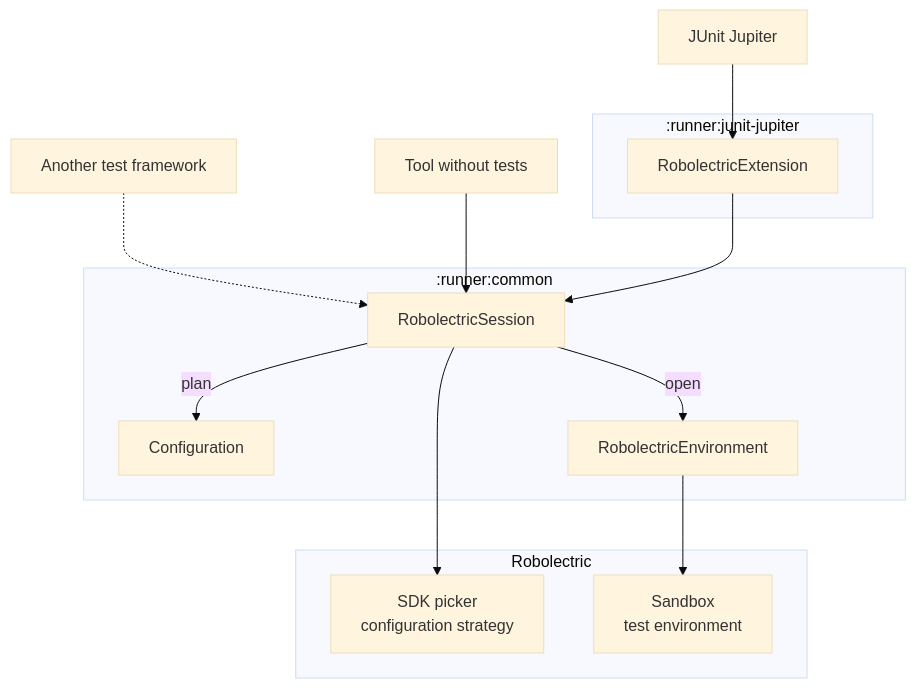
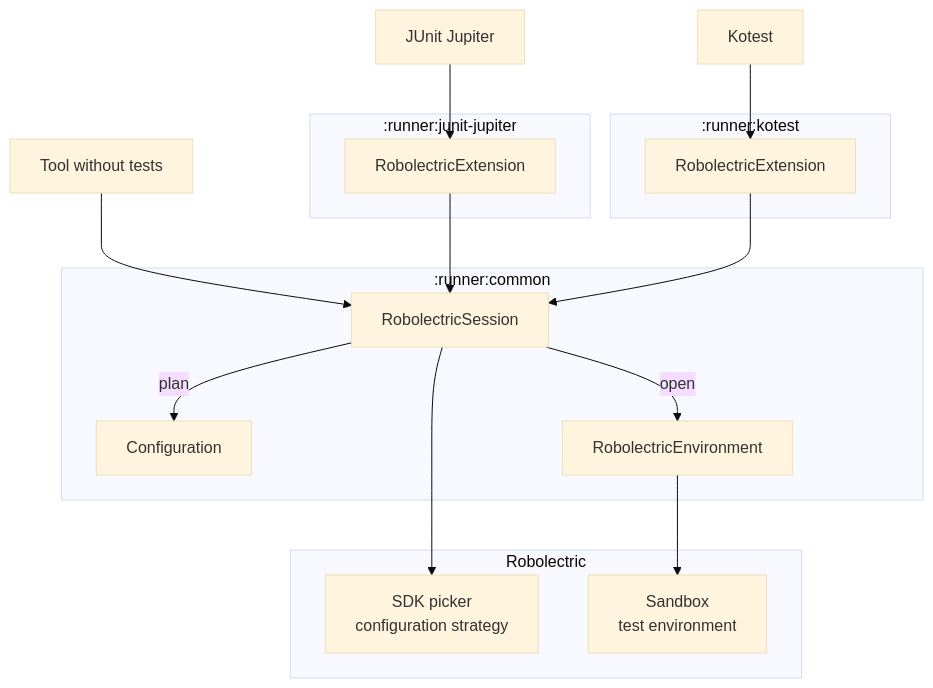
Before and after one commit to robolectric/robolectric: the first of 2 diagrams in runner/README.md, drawn with Mermaid (base theme). The commit also changed other lines of this file and 38 other files, not shown here.

First line of the commit message:
feat(runner): add a Kotest extension

````diff
--- a/runner/README.md
+++ b/runner/README.md
@@ -59,24 +97,29 @@
 ```mermaid
 flowchart TD
   junit["JUnit Jupiter"] --> extension
-  framework["Another test framework"] -.-> session
+  kotest["Kotest"] --> specExtension
   tool["Tool without tests"] --> session
 
   subgraph jupiter [":runner:junit-jupiter"]
     extension["RobolectricExtension"]
+  end
+
+  subgraph kotestModule [":runner:kotest"]
+    specExtension["RobolectricExtension"]
   end
 
   subgraph common [":runner:common"]
     session["RobolectricSession"] -- plan --> configuration["Configuration"]
     session -- open --> environment["RobolectricEnvironment"]
   end
 
   subgraph robolectric ["Robolectric"]
     selection["SDK picker<br/>configuration strategy"]
     sandbox["Sandbox<br/>test environment"]
   end
 
   extension --> session
+  specExtension --> session
   session --> selection
   environment --> sandbox
 ```
````
